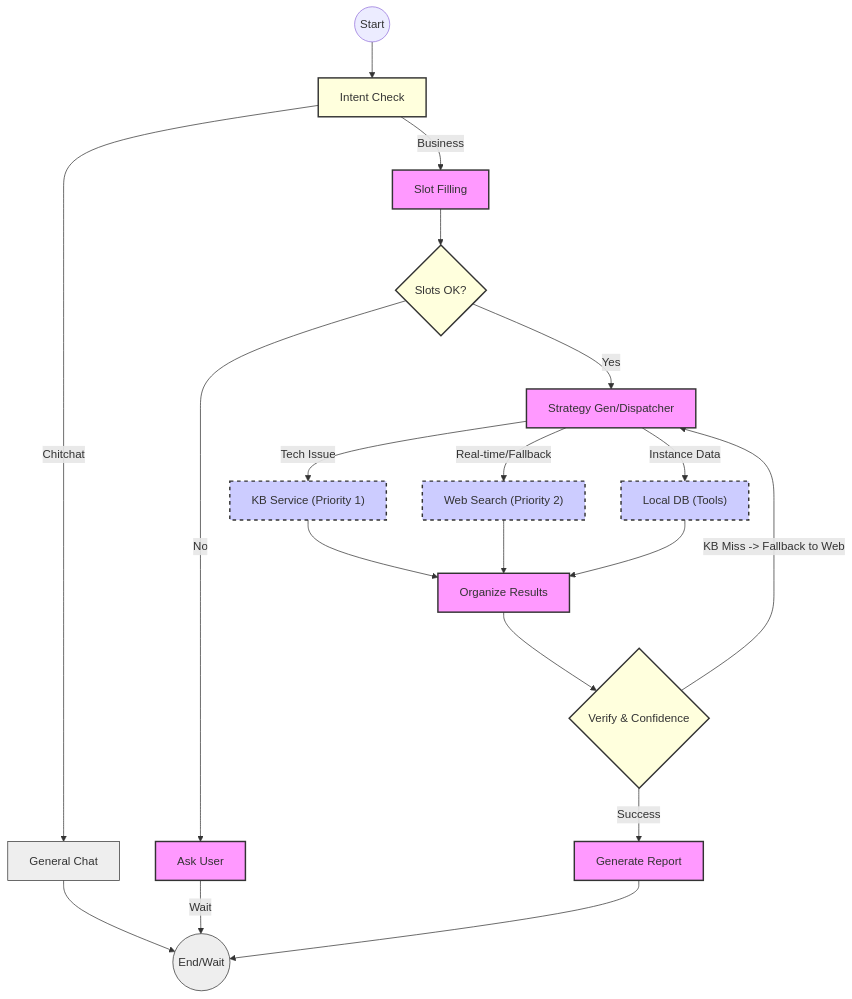
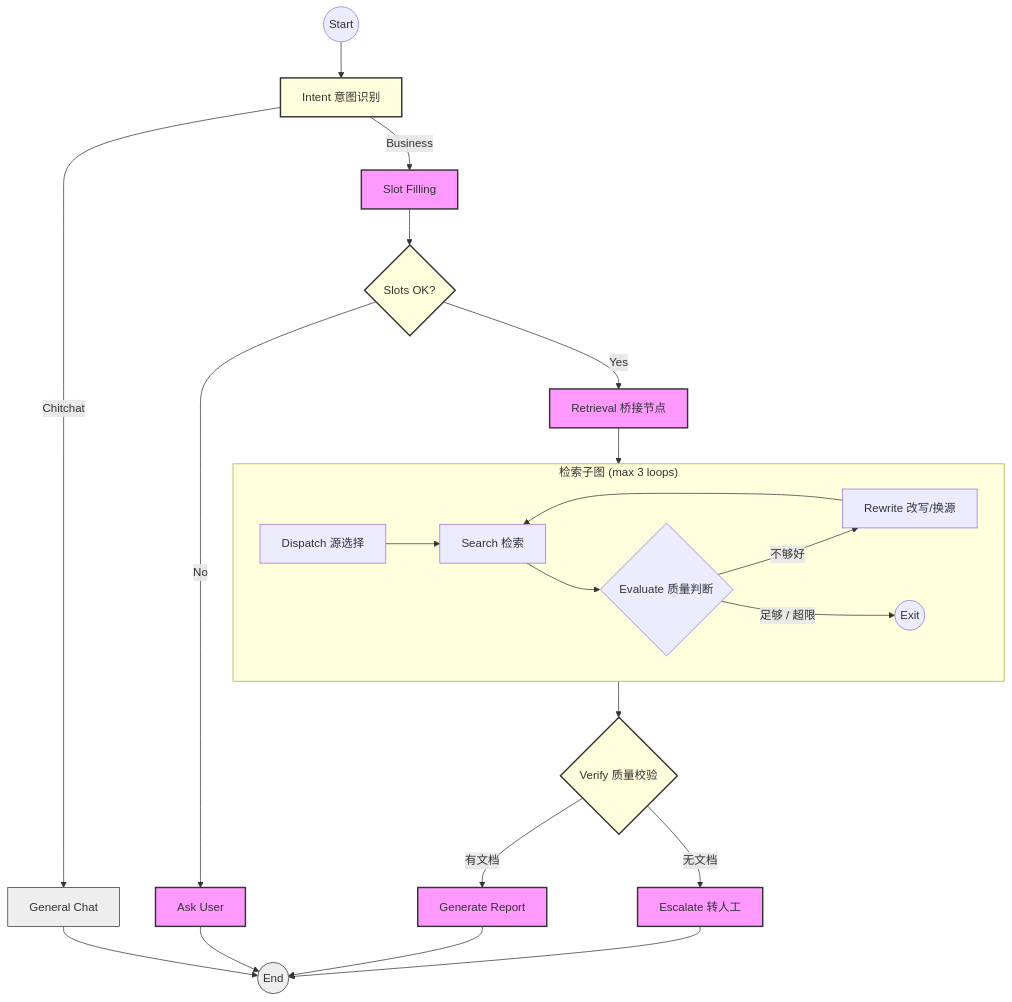
One commit to deyongTang/its_multi_agent changed the diagram in backend/app/docs/architecture/workflow-engine.md. Above: the diagram before and after it, drawn with Mermaid. The commit also changed other lines of this file and 40 other files, not shown here.

````diff
--- a/backend/app/docs/architecture/workflow-engine.md
+++ b/backend/app/docs/architecture/workflow-engine.md
@@ -67,37 +88,36 @@
 ```mermaid
 graph TD
-    %% 定义节点样式
     classDef action fill:#f9f,stroke:#333,stroke-width:2px;
     classDef check fill:#ffd,stroke:#333,stroke-width:2px;
     classDef endNode fill:#eee,stroke:#333,stroke-width:1px;
-    classDef external fill:#ccf,stroke:#333,stroke-width:2px,stroke-dasharray: 5 5;
+    classDef subgraph_node fill:#ccf,stroke:#333,stroke-width:2px,stroke-dasharray: 5 5;
 
-    __start__((Start)) --> node_intent[Intent Check]:::check
-    
+    __start__((Start)) --> node_intent[Intent 意图识别]:::check
+
     node_intent -- Chitchat --> node_general_chat[General Chat]:::endNode
     node_intent -- Business --> node_slot_filling[Slot Filling]:::action
-    
+
     node_slot_filling --> check_slots{Slots OK?}:::check
     check_slots -- No --> node_ask_user[Ask User]:::action
-    node_ask_user -- Wait --> __end__((End/Wait)):::endNode
-    
-    check_slots -- Yes --> node_strategy_gen[Strategy Gen/Dispatcher]:::action
-    
-    %% 动态分发路由
-    node_strategy_gen -- "Tech Issue" --> node_search_kb["KB Service (Priority 1)"]:::external
-    node_strategy_gen -- "Real-time/Fallback" --> node_search_web["Web Search (Priority 2)"]:::external
-    node_strategy_gen -- "Instance Data" --> node_search_tools["Local DB (Tools)"]:::external
+    node_ask_user --> __end__((End)):::endNode
 
-    %% 结果整理
-    node_search_kb --> node_organize_results[Organize Results]:::action
-    node_search_web --> node_organize_results
-    node_search_tools --> node_organize_results
+    check_slots -- Yes --> node_retrieval
 
-    node_organize_results --> node_verify{Verify & Confidence}:::check
+    subgraph RetrievalSubGraph["检索子图 (max 3 loops)"]
+        dispatch[Dispatch 源选择] --> search[Search 检索]
+        search --> evaluate{Evaluate 质量判断}
+        evaluate -- 不够好 --> rewrite[Rewrite 改写/换源]
+        rewrite --> search
+        evaluate -- 足够 / 超限 --> exit_sub((Exit))
+    end
 
-    node_verify -- "KB Miss -> Fallback to Web" --> node_strategy_gen
-    node_verify -- "Success" --> node_generate_report[Generate Report]:::action
-    
+    node_retrieval[Retrieval 桥接节点]:::action --> RetrievalSubGraph
+    RetrievalSubGraph --> node_verify{Verify 质量校验}:::check
+
+    node_verify -- 有文档 --> node_generate_report[Generate Report]:::action
+    node_verify -- 无文档 --> node_escalate[Escalate 转人工]:::action
+
     node_general_chat --> __end__
     node_generate_report --> __end__
+    node_escalate --> __end__
 ```
````
